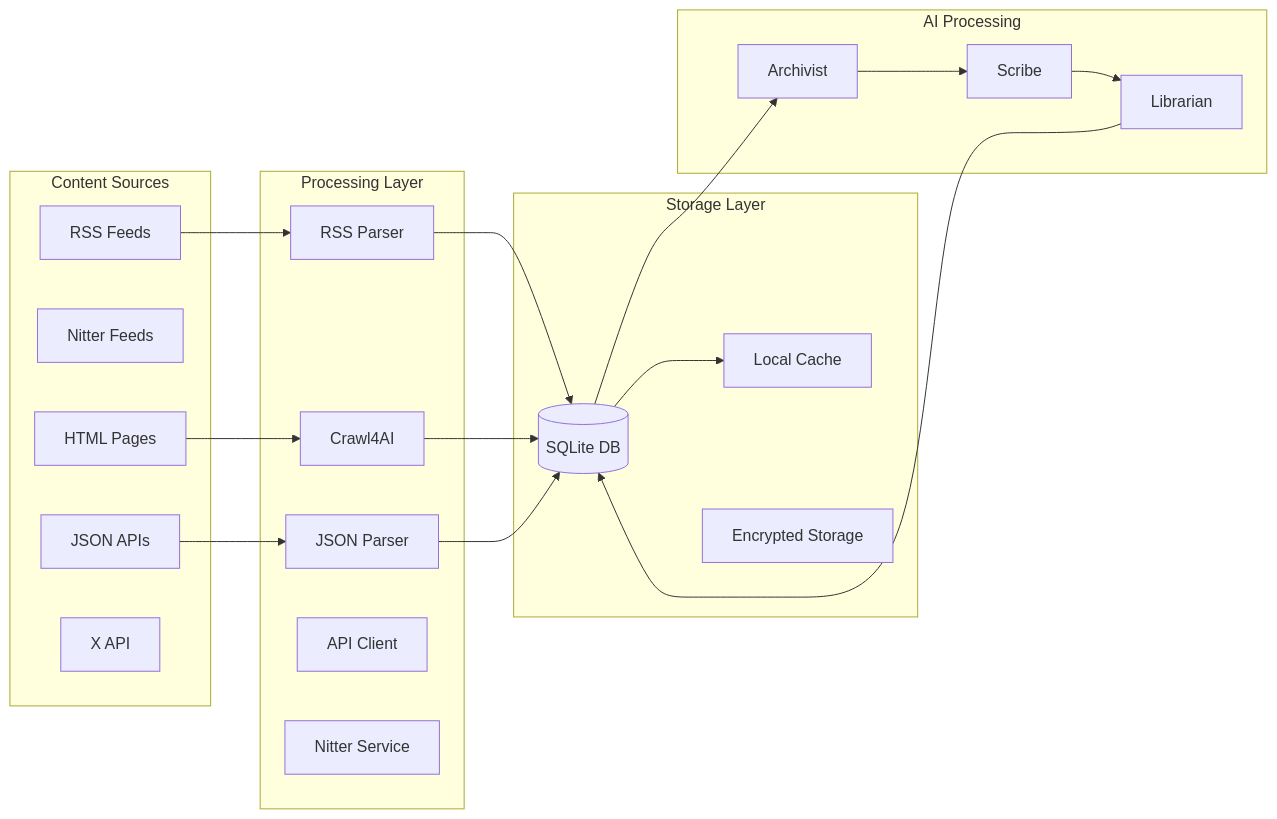
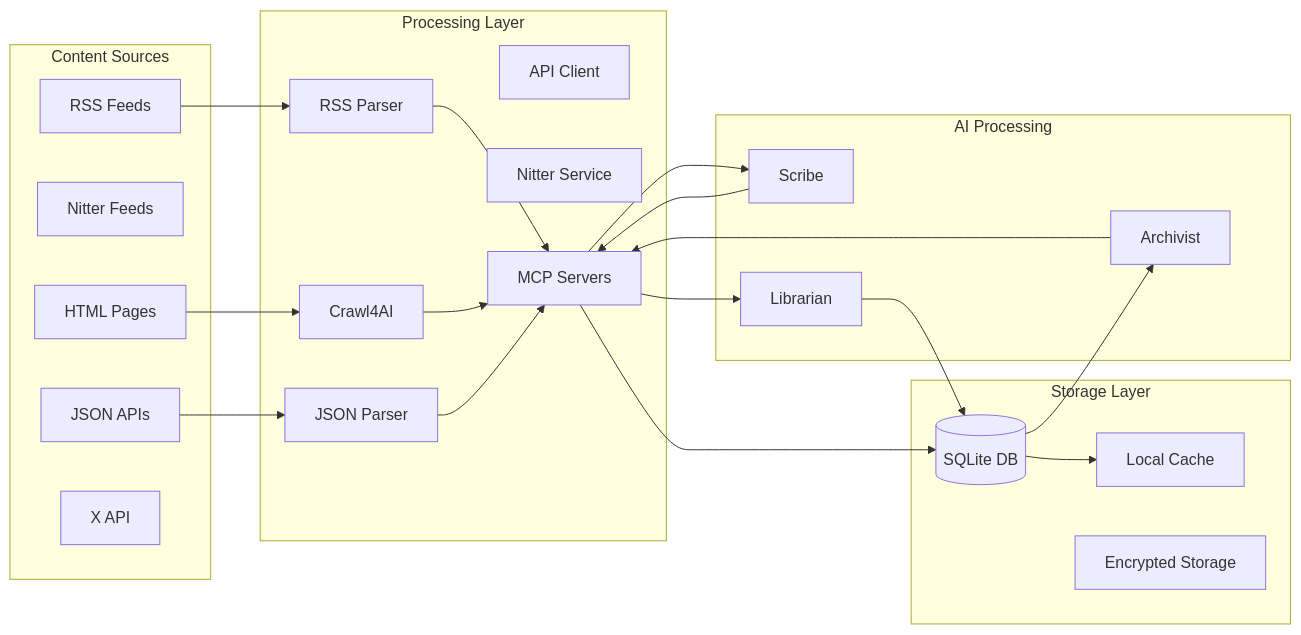
The second of 4 diagrams in documentations/specifications.md (caramoussin/webinsight), drawn with Mermaid before and after one commit. The commit also changed other lines of this file and 4 other files, not shown here.

````diff
--- a/documentations/specifications.md
+++ b/documentations/specifications.md
@@ -223,42 +148,42 @@
 ```mermaid
 flowchart LR
     subgraph Sources["Content Sources"]
         RSS[RSS Feeds]
         NIT[Nitter Feeds]
         HTML[HTML Pages]
         JSON[JSON APIs]
         XAPI[X API]
     end
-
     subgraph Processing["Processing Layer"]
         P1[RSS Parser]
         P2[Crawl4AI]
         P3[JSON Parser]
         P4[API Client]
         P5[Nitter Service]
+        MCP[MCP Servers]
     end
-
     subgraph Storage["Storage Layer"]
         DB[(SQLite DB)]
         Cache[Local Cache]
         SecStore[Encrypted Storage]
     end
-
     subgraph AI["AI Processing"]
         A[Archivist]
         S[Scribe]
         L[Librarian]
     end
-
     RSS --> P1
     HTML --> P2
     JSON --> P3
-    P1 --> DB
-    P2 --> DB
-    P3 --> DB
+    P1 --> MCP
+    P2 --> MCP
+    P3 --> MCP
+    MCP --> DB
     DB --> Cache
     DB --> A
-    A --> S
-    S --> L
+    A --> MCP
+    MCP --> S
+    S --> MCP
+    MCP --> L
     L --> DB
 ```
````
